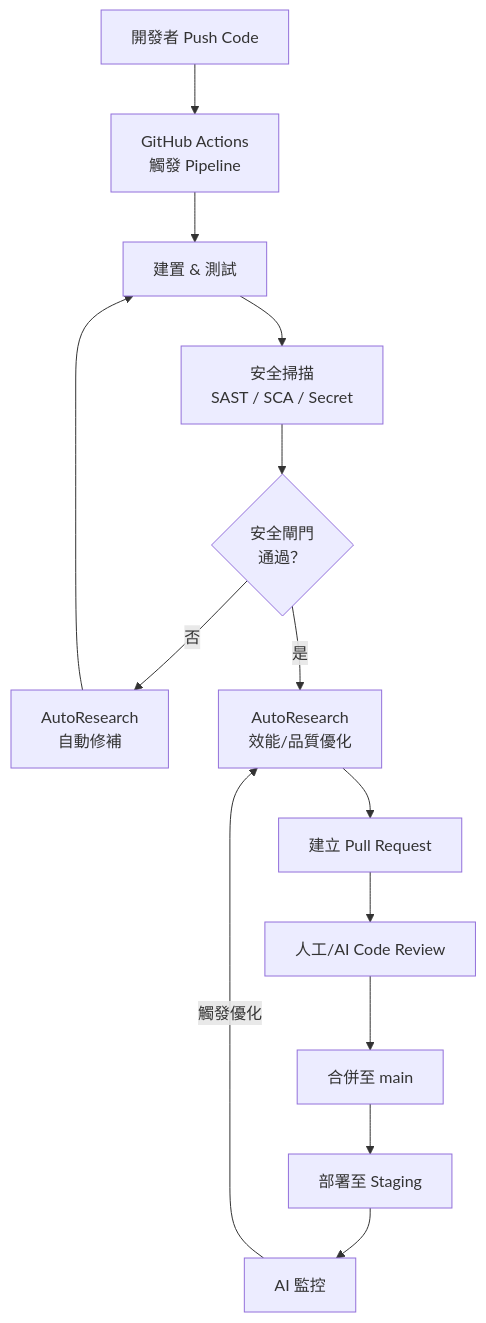
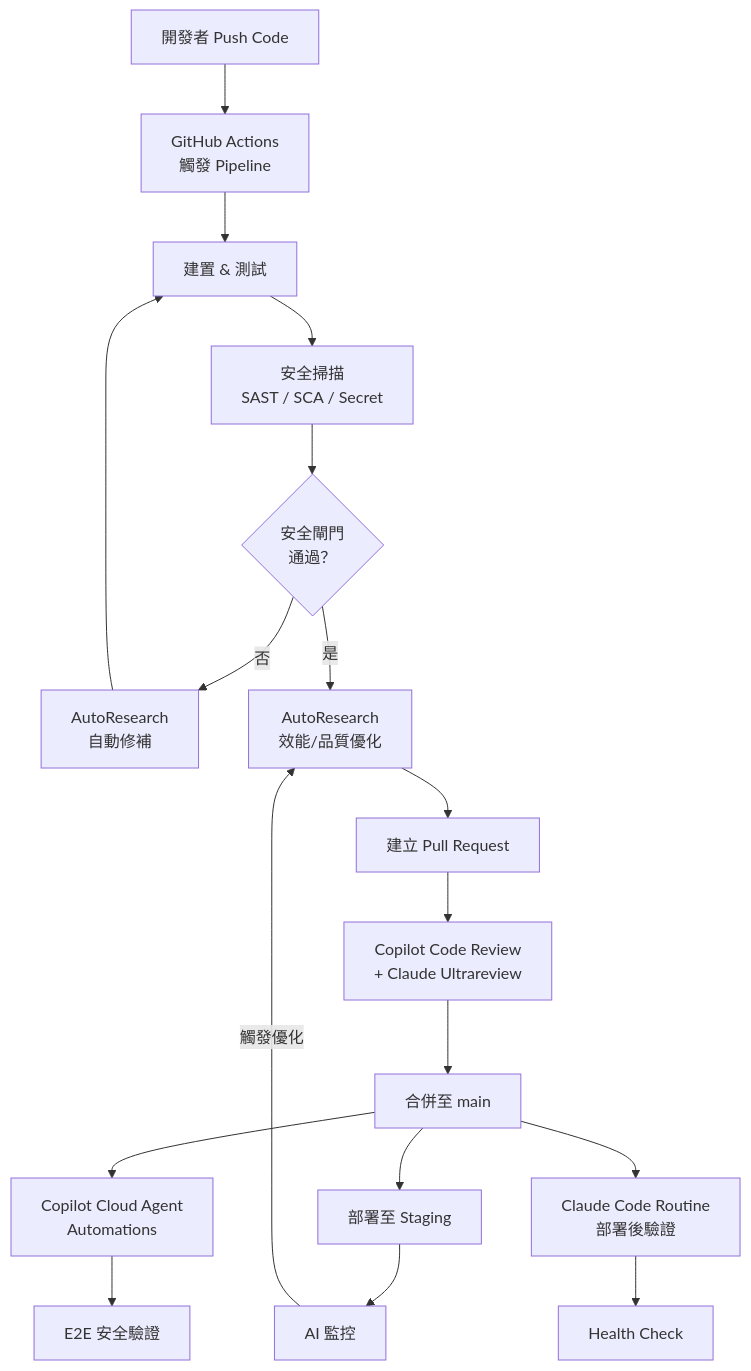
Diagram 16 of 33 in content/posts/教學/AI開發/AutoResearch 驅動 SSDLC（安全軟體開發生命週期）教學手冊.md (chihhung/Blog), drawn with Mermaid before and after one commit. The commit also changed other lines of this file and 22 other files, not shown here.

````diff
--- a/content/posts/教學/AI開發/AutoResearch 驅動 SSDLC（安全軟體開發生命週期）教學手冊.md
+++ b/content/posts/教學/AI開發/AutoResearch 驅動 SSDLC（安全軟體開發生命週期）教學手冊.md
@@ -2305,16 +2710,22 @@
 ```mermaid
 flowchart TD
     DEV[開發者 Push Code] --> GHA[GitHub Actions<br>觸發 Pipeline]
     GHA --> BUILD[建置 & 測試]
     BUILD --> SCAN[安全掃描<br>SAST / SCA / Secret]
     SCAN --> GATE{安全閘門<br>通過？}
     GATE -->|否| AR_FIX[AutoResearch<br>自動修補]
     AR_FIX --> BUILD
     GATE -->|是| AR_OPT[AutoResearch<br>效能/品質優化]
     AR_OPT --> PR[建立 Pull Request]
-    PR --> REVIEW[人工/AI Code Review]
+    PR --> REVIEW[Copilot Code Review<br>+ Claude Ultrareview]
     REVIEW --> MERGE[合併至 main]
     MERGE --> DEPLOY[部署至 Staging]
     DEPLOY --> MONITOR[AI 監控]
     MONITOR -->|觸發優化| AR_OPT
+
+    %% Agentic 自動化路徑
+    MERGE --> COPILOT_AGENT[Copilot Cloud Agent<br>Automations]
+    COPILOT_AGENT --> E2E[E2E 安全驗證]
+    MERGE --> ROUTINE[Claude Code Routine<br>部署後驗證]
+    ROUTINE --> HEALTH[Health Check]
 ```
````
